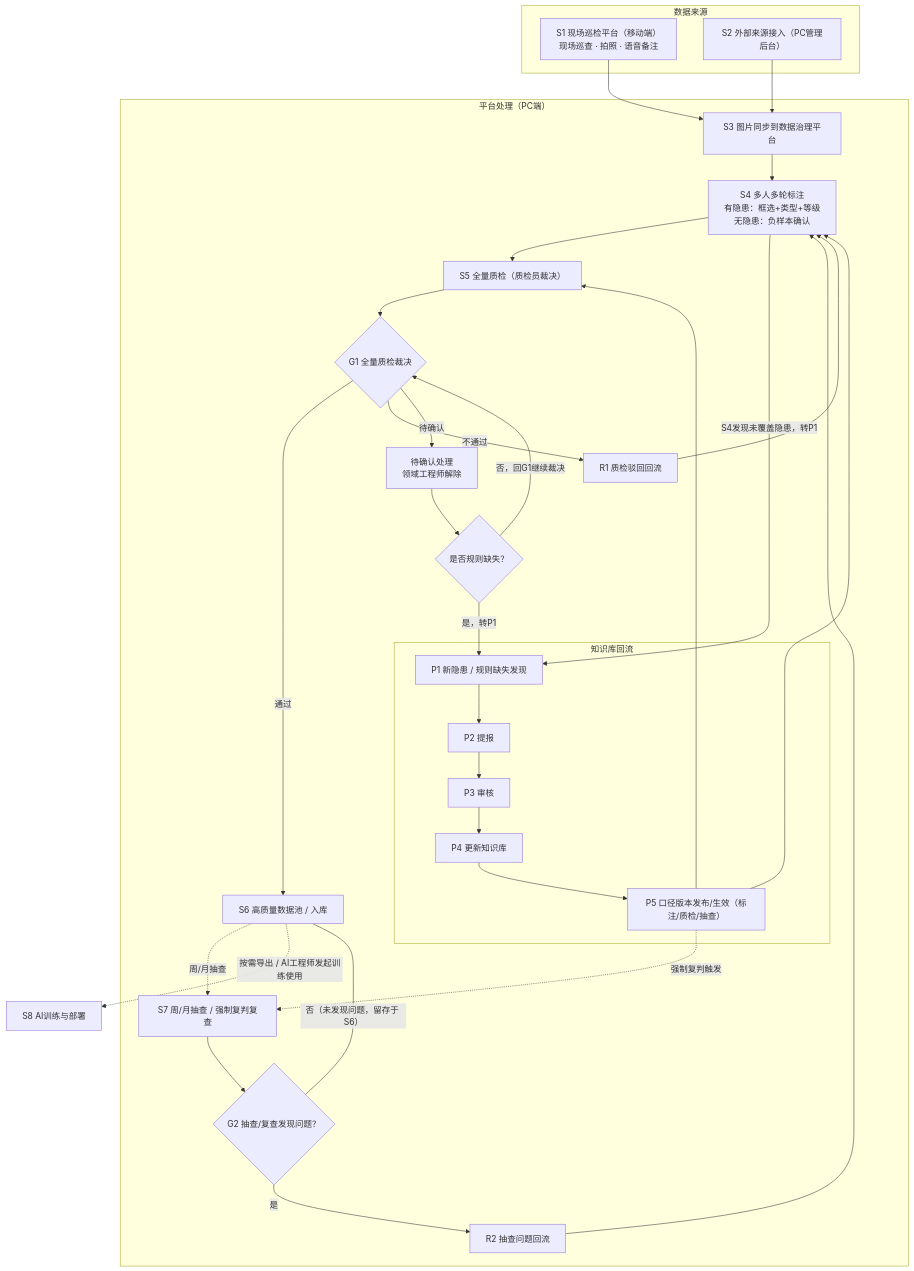
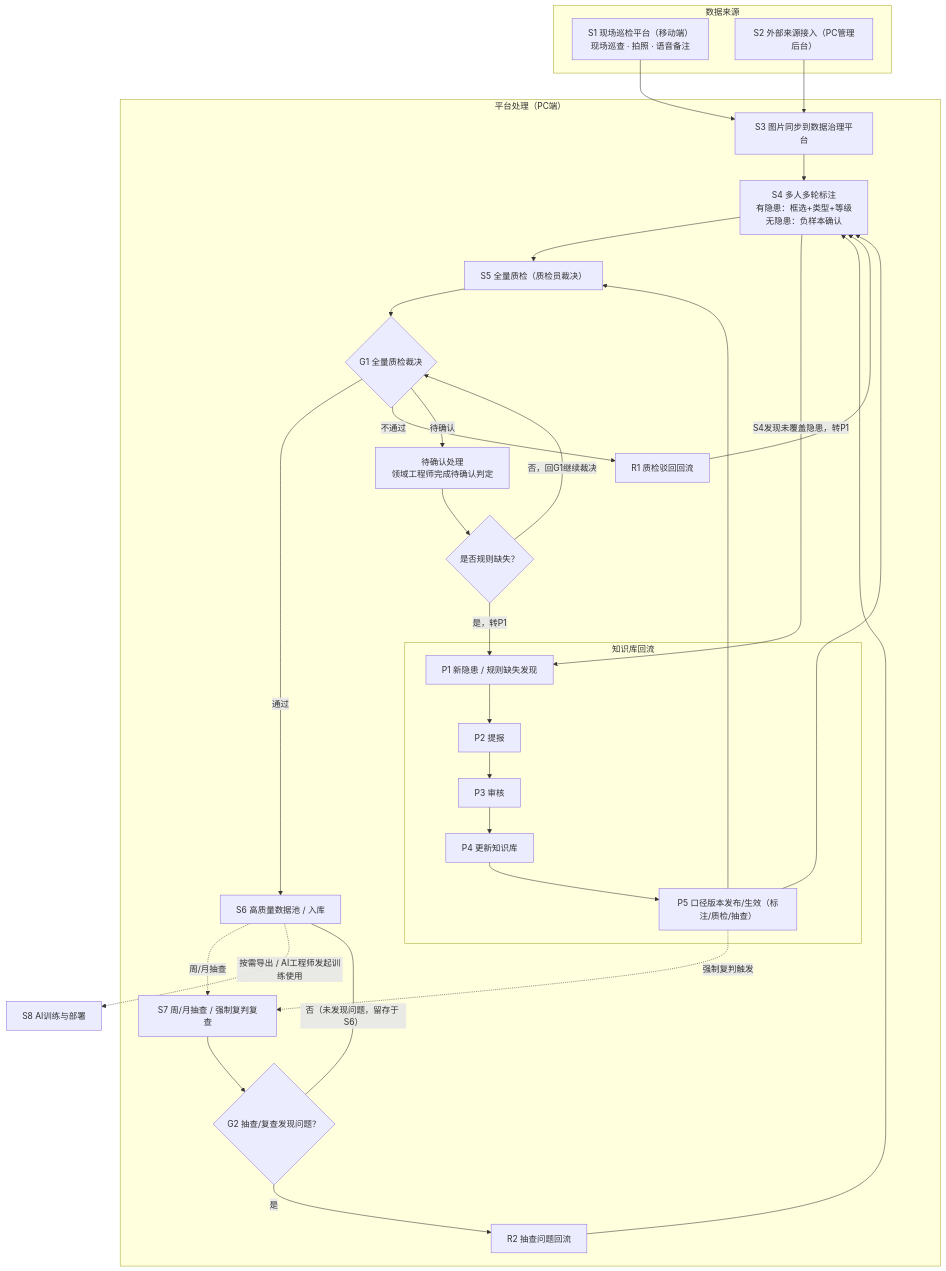
One commit to zhudan930612/Data-governance changed the diagram in 数据治理平台-Mermaid.mmd. Above: the diagram before and after it, drawn with Mermaid. The commit also changed 3 other files, not shown here.

```diff
--- a/数据治理平台-Mermaid.mmd
+++ b/数据治理平台-Mermaid.mmd
@@ -1,45 +1,45 @@
 %%{init: {'theme':'mc'}}%%
 flowchart TD
     subgraph SRC ["数据来源"]
         A1["S1 现场巡检平台（移动端）<br/>现场巡查 · 拍照 · 语音备注"]
         A2["S2 外部来源接入（PC管理后台）"]
     end
 
     subgraph PLT ["平台处理（PC端）"]
         B["S3 图片同步到数据治理平台"]
         B --> E["S4 多人多轮标注<br/>有隐患：框选+类型+等级<br/>无隐患：负样本确认"]
         E --> G["S5 全量质检（质检员裁决）"]
         G --> G1{"G1 全量质检裁决"}
         G1 -->|"通过"| H["S6 高质量数据池 / 入库"]
         G1 -->|"不通过"| R1["R1 质检驳回回流"]
-        G1 -->|"待确认"| Q["待确认处理<br/>领域工程师解除"]
+        G1 -->|"待确认"| Q["待确认处理<br/>领域工程师完成待确认判定"]
         R1 --> E
         Q --> Q1{"是否规则缺失？"}
         Q1 -->|"是，转P1"| U
         Q1 -->|"否，回G1继续裁决"| G1
 
         H -.->|"周/月抽查"| S7["S7 周/月抽查 / 强制复判复查"]
         S7 --> G2{"G2 抽查/复查发现问题？"}
         G2 -->|"是"| R2["R2 抽查问题回流"]
         G2 ---|"否（未发现问题，留存于 S6）"| H
         R2 --> E
 
         subgraph LOOP ["知识库回流"]
             U["P1 新隐患 / 规则缺失发现"]
             U --> V["P2 提报"]
             V --> W["P3 审核"]
             W --> X["P4 更新知识库"]
             X --> Y["P5 口径版本发布/生效（标注/质检/抽查）"]
         end
 
         E -->|"S4发现未覆盖隐患，转P1"| U
         Y --> E
         Y --> G
         Y -.->|"强制复判触发"| S7
     end
 
     A1 --> B
     A2 --> B
 
 
     H -.->|"按需导出 / AI工程师发起训练使用"| M["S8 AI训练与部署"]
```
